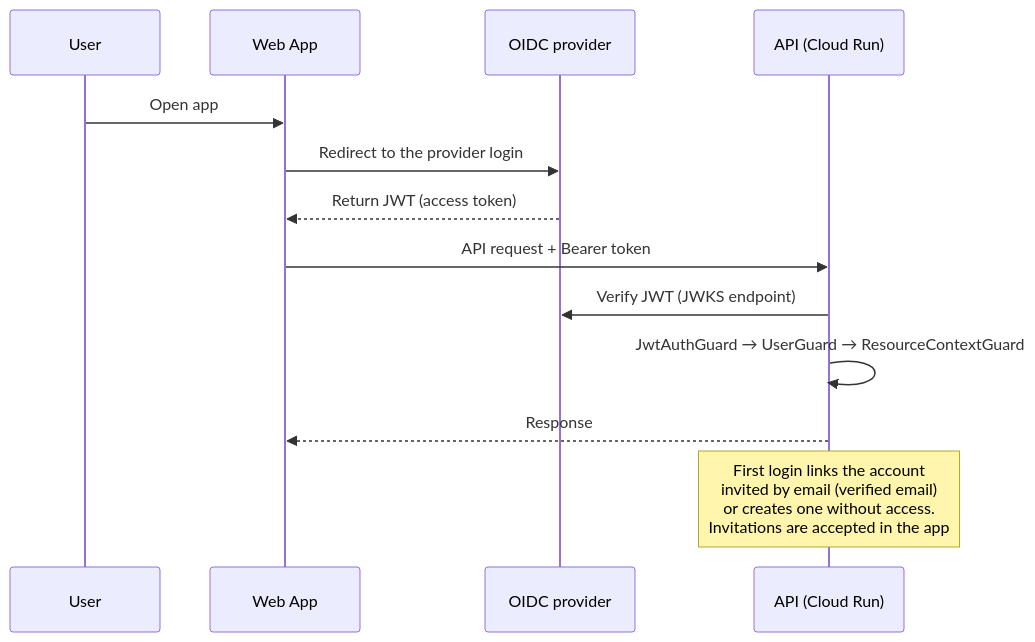
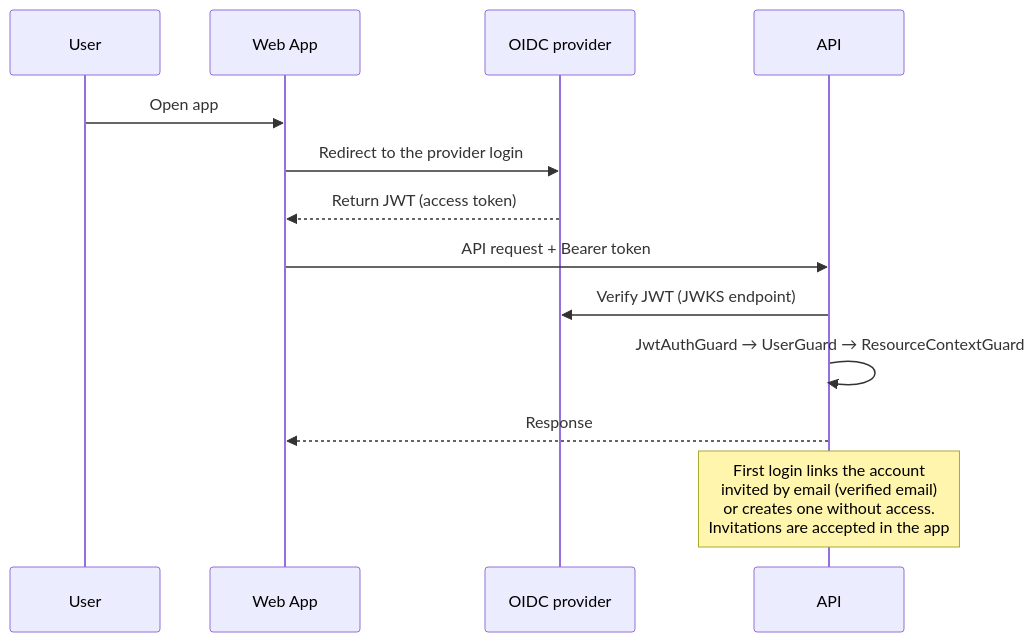
The second of 3 diagrams in docs/architecture.md (bayesimpact/bayes-platform), drawn with Mermaid before and after one commit. The commit also changed other lines of this file and 2 other files, not shown here.

First line of the commit message:
docs: describe the current deployment flow

````diff
--- a/docs/architecture.md
+++ b/docs/architecture.md
@@ -137,16 +138,16 @@
 ```mermaid
 sequenceDiagram
     participant U as User
     participant W as Web App
     participant A as OIDC provider
-    participant API as API (Cloud Run)
+    participant API as API
 
     U->>W: Open app
     W->>A: Redirect to the provider login
     A-->>W: Return JWT (access token)
     W->>API: API request + Bearer token
     API->>A: Verify JWT (JWKS endpoint)
     API->>API: JwtAuthGuard → UserGuard → ResourceContextGuard
     API-->>W: Response
     Note over API: First login links the account<br/>invited by email (verified email)<br/>or creates one without access.<br/>Invitations are accepted in the app
 ```
````
